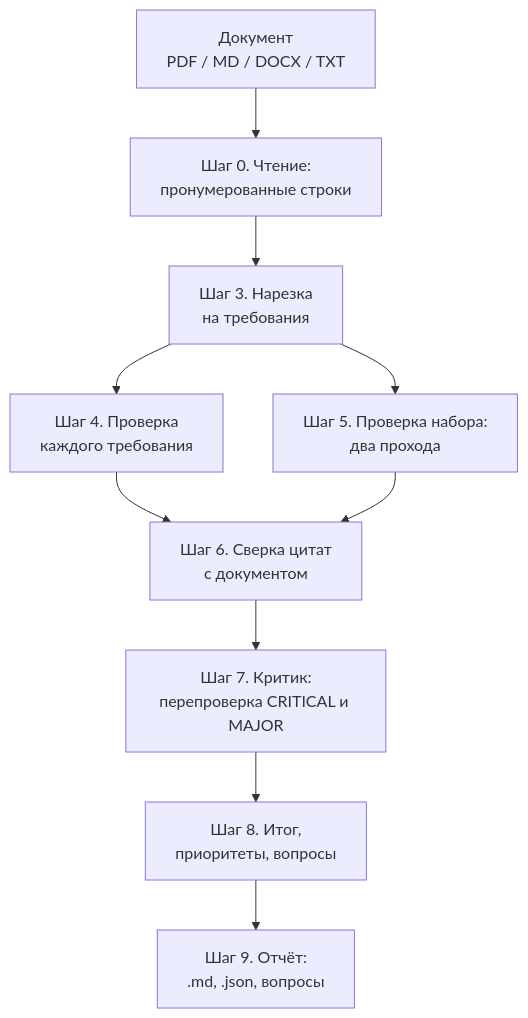
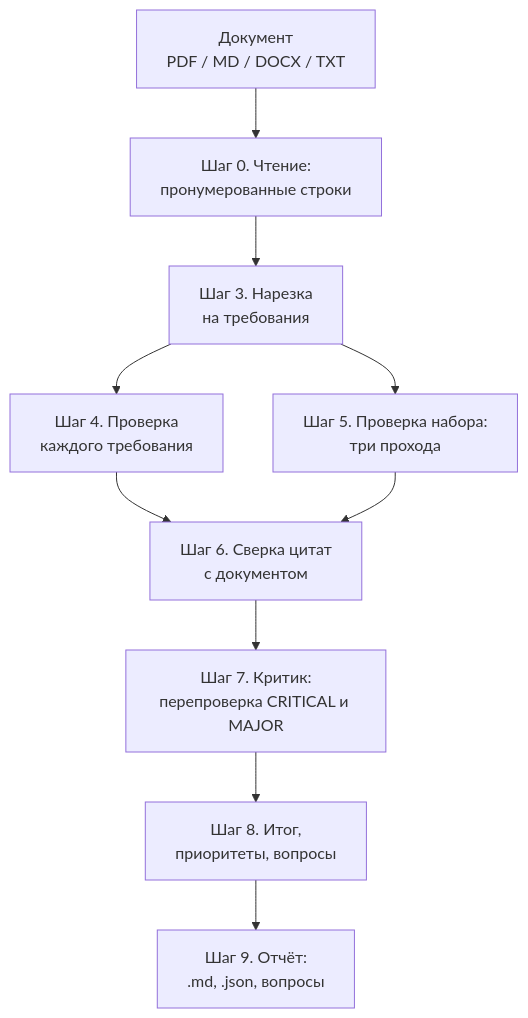
The diagram in README.md (gascoigne07/reqask), drawn with Mermaid before and after one commit. The commit also changed other lines of this file, not shown here.

First line of the commit message:
README: шаг 5 из трёх проходов, --no-edge, 15 обращений к модели

````diff
--- a/README.md
+++ b/README.md
@@ -77,12 +77,12 @@
 ```mermaid
 flowchart TD
     A["Документ<br>PDF / MD / DOCX / TXT"] --> B["Шаг 0. Чтение:<br>пронумерованные строки"]
     B --> C["Шаг 3. Нарезка<br>на требования"]
     C --> D["Шаг 4. Проверка<br>каждого требования"]
-    C --> E["Шаг 5. Проверка набора:<br>два прохода"]
+    C --> E["Шаг 5. Проверка набора:<br>три прохода"]
     D --> F["Шаг 6. Сверка цитат<br>с документом"]
     E --> F
     F --> G["Шаг 7. Критик:<br>перепроверка CRITICAL и MAJOR"]
     G --> H["Шаг 8. Итог,<br>приоритеты, вопросы"]
     H --> I["Шаг 9. Отчёт:<br>.md, .json, вопросы"]
 ```
````
